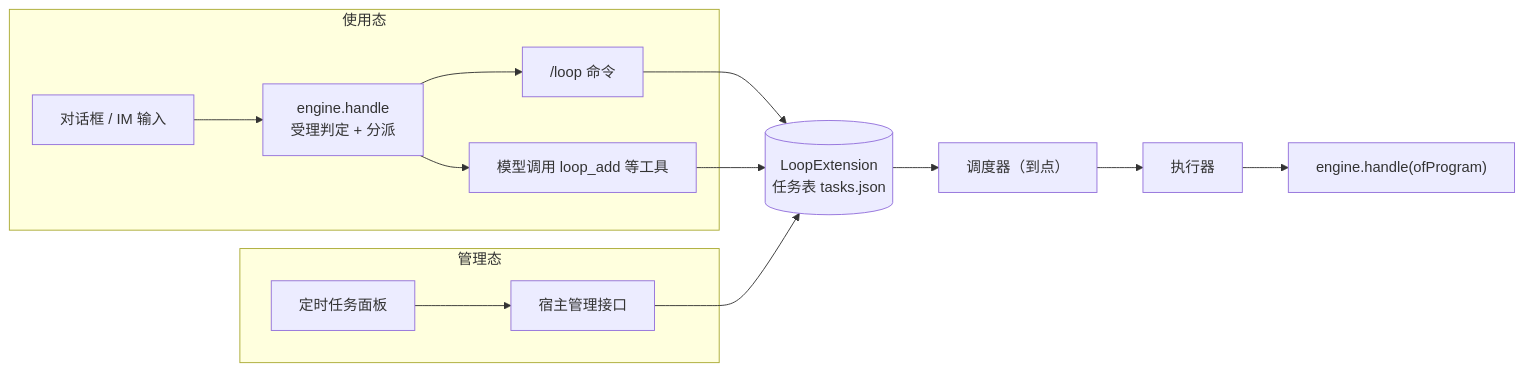
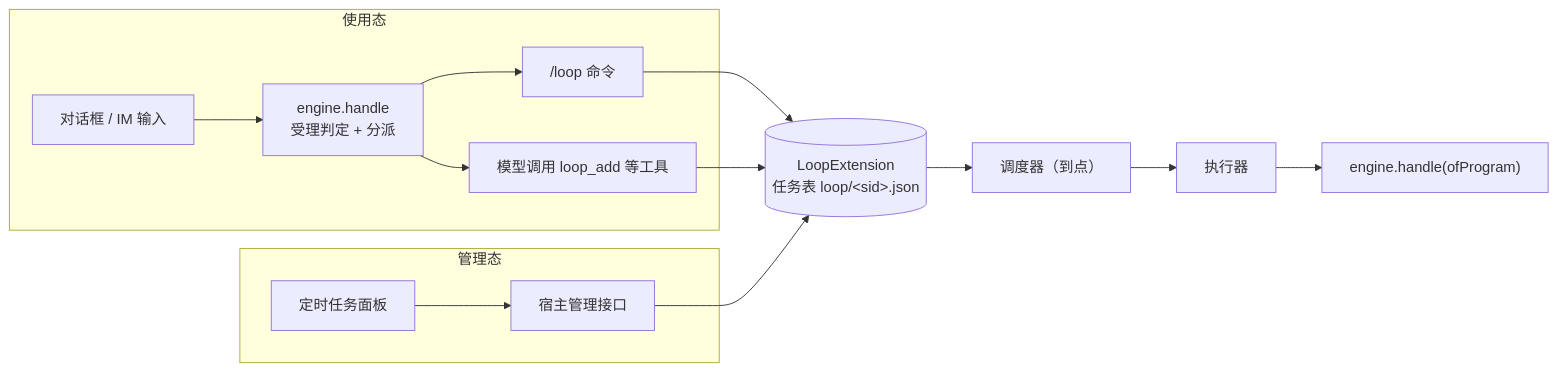
One commit to opensolon/solon-ai changed the diagram in solon-ai-harness-loop/README.md. Above: the diagram before and after it, drawn with Mermaid. The commit also changed other lines of this file and 6 other files, not shown here.

````diff
--- a/solon-ai-harness-loop/README.md
+++ b/solon-ai-harness-loop/README.md
@@ -137,15 +139,15 @@
 ```mermaid
 flowchart LR
     subgraph 使用态
         U1["对话框 / IM 输入"] --> H["engine.handle<br/>受理判定 + 分派"]
         H --> C["/loop 命令"]
         H --> T["模型调用 loop_add 等工具"]
     end
     subgraph 管理态
         U2["定时任务面板"] --> API["宿主管理接口"]
     end
-    C --> L[("LoopExtension<br/>任务表 tasks.json")]
+    C --> L[("LoopExtension<br/>任务表 loop/&lt;sid&gt;.json")]
     T --> L
     API --> L
     L --> J["调度器（到点）"] --> E["执行器"] --> R["engine.handle(ofProgram)"]
 ```
````
